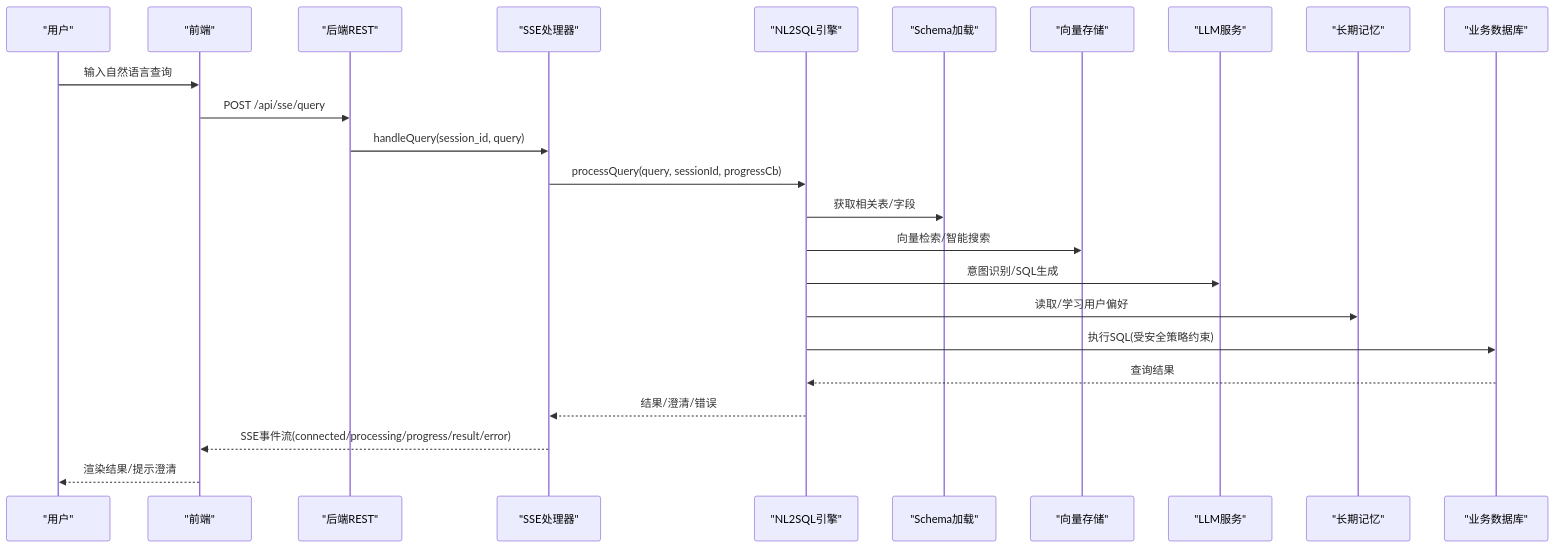
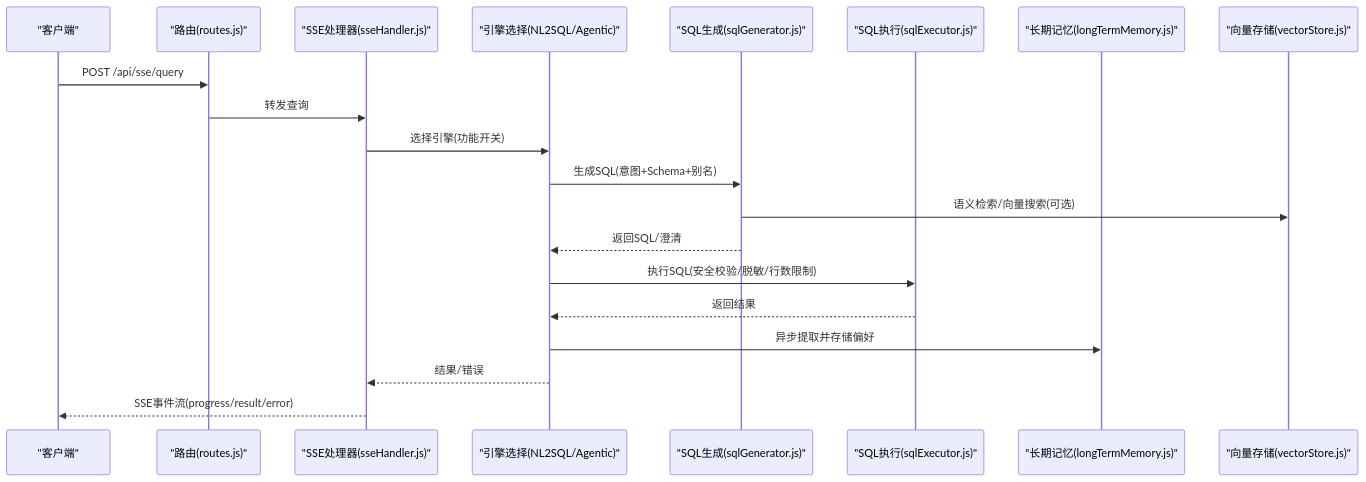
One commit to HanHuiOnLine/724-office changed the second of 8 diagrams in NL2SQL/.qoder/repowiki/zh/content/系统架构/数据流设计.md. Above: the diagram before and after it, drawn with Mermaid. The commit also changed other lines of this file and 203 other files, not shown here.

````diff
--- a/NL2SQL/.qoder/repowiki/zh/content/系统架构/数据流设计.md
+++ b/NL2SQL/.qoder/repowiki/zh/content/系统架构/数据流设计.md
@@ -130,26 +111,22 @@
 ```mermaid
 sequenceDiagram
-participant U as "用户"
-participant FE as "前端"
-participant API as "后端REST"
-participant SSE as "SSE处理器"
-participant NLE as "NL2SQL引擎"
-participant SC as "Schema加载"
-participant VS as "向量存储"
-participant LLM as "LLM服务"
-participant LTM as "长期记忆"
-participant DB as "业务数据库"
-U->>FE : 输入自然语言查询
-FE->>API : POST /api/sse/query
-API->>SSE : handleQuery(session_id, query)
-SSE->>NLE : processQuery(query, sessionId, progressCb)
-NLE->>SC : 获取相关表/字段
-NLE->>VS : 向量检索/智能搜索
-NLE->>LLM : 意图识别/SQL生成
-NLE->>LTM : 读取/学习用户偏好
-NLE->>DB : 执行SQL(受安全策略约束)
-DB-->>NLE : 查询结果
-NLE-->>SSE : 结果/澄清/错误
-SSE-->>FE : SSE事件流(connected/processing/progress/result/error)
-FE-->>U : 渲染结果/提示澄清
+participant Client as "客户端"
+participant Routes as "路由(routes.js)"
+participant SSE as "SSE处理器(sseHandler.js)"
+participant Engine as "引擎选择(NL2SQL/Agentic)"
+participant Gen as "SQL生成(sqlGenerator.js)"
+participant Exec as "SQL执行(sqlExecutor.js)"
+participant Mem as "长期记忆(longTermMemory.js)"
+participant Vec as "向量存储(vectorStore.js)"
+Client->>Routes : POST /api/sse/query
+Routes->>SSE : 转发查询
+SSE->>Engine : 选择引擎(功能开关)
+Engine->>Gen : 生成SQL(意图+Schema+别名)
+Gen->>Vec : 语义检索/向量搜索(可选)
+Gen-->>Engine : 返回SQL/澄清
+Engine->>Exec : 执行SQL(安全校验/脱敏/行数限制)
+Exec-->>Engine : 返回结果
+Engine->>Mem : 异步提取并存储偏好
+Engine-->>SSE : 结果/错误
+SSE-->>Client : SSE事件流(progress/result/error)
 ```
````
